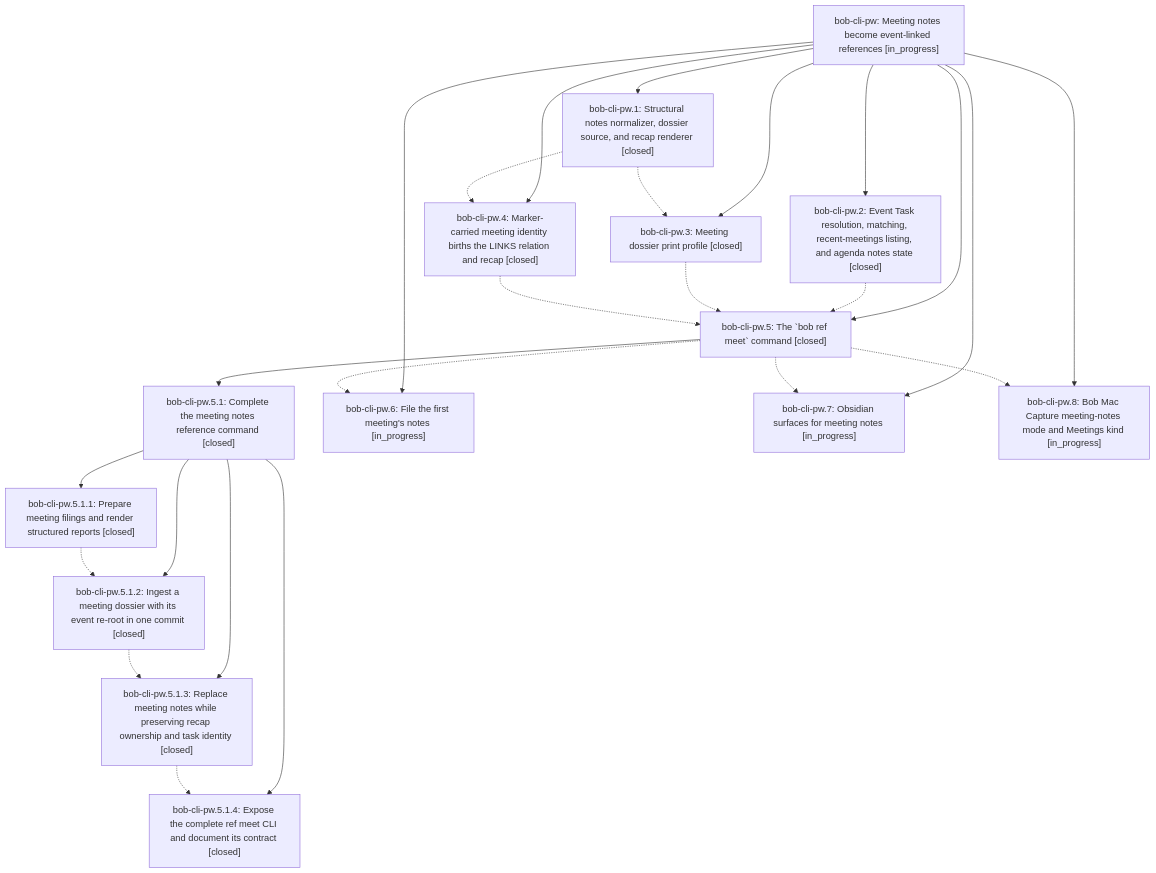
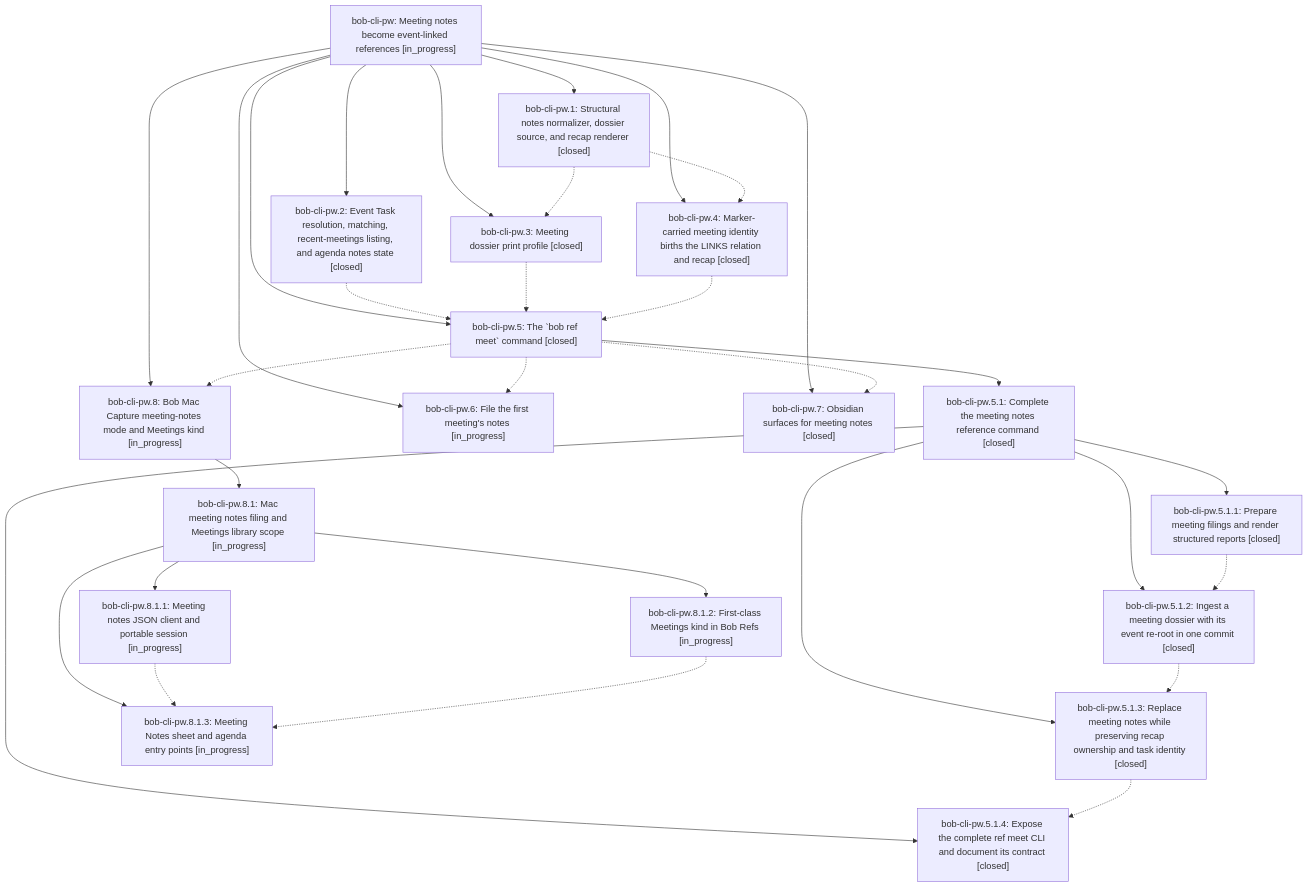
Before and after one commit to bobs-org/bob-cli--beads: the diagram in pages/bob-cli-pw/README.md, drawn with Mermaid. The commit also changed other lines of this file and 7 other files, not shown here.

First line of the commit message:
chore(beads): sync bead state and pages for bob-cli-pw

````diff
--- a/pages/bob-cli-pw/README.md
+++ b/pages/bob-cli-pw/README.md
@@ -53,41 +53,51 @@
 ```mermaid
 flowchart TD
     n0["bob-cli-pw: Meeting notes become event-linked references [in_progress]"]
     n1["bob-cli-pw.1: Structural notes normalizer, dossier source, and recap renderer [closed]"]
     n2["bob-cli-pw.2: Event Task resolution, matching, recent-meetings listing, and agenda notes state [closed]"]
     n3["bob-cli-pw.3: Meeting dossier print profile [closed]"]
     n4["bob-cli-pw.4: Marker-carried meeting identity births the LINKS relation and recap [closed]"]
     n5["bob-cli-pw.5: The `bob ref meet` command [closed]"]
     n6["bob-cli-pw.5.1: Complete the meeting notes reference command [closed]"]
     n7["bob-cli-pw.5.1.1: Prepare meeting filings and render structured reports [closed]"]
     n8["bob-cli-pw.5.1.2: Ingest a meeting dossier with its event re-root in one commit [closed]"]
     n9["bob-cli-pw.5.1.3: Replace meeting notes while preserving recap ownership and task identity [closed]"]
     n10["bob-cli-pw.5.1.4: Expose the complete ref meet CLI and document its contract [closed]"]
     n11["bob-cli-pw.6: File the first meeting's notes [in_progress]"]
-    n12["bob-cli-pw.7: Obsidian surfaces for meeting notes [in_progress]"]
+    n12["bob-cli-pw.7: Obsidian surfaces for meeting notes [closed]"]
     n13["bob-cli-pw.8: Bob Mac Capture meeting-notes mode and Meetings kind [in_progress]"]
+    n14["bob-cli-pw.8.1: Mac meeting notes filing and Meetings library scope [in_progress]"]
+    n15["bob-cli-pw.8.1.1: Meeting notes JSON client and portable session [in_progress]"]
+    n16["bob-cli-pw.8.1.2: First-class Meetings kind in Bob Refs [in_progress]"]
+    n17["bob-cli-pw.8.1.3: Meeting Notes sheet and agenda entry points [in_progress]"]
     n0 --> n1
     n0 --> n2
     n0 --> n3
     n0 --> n4
     n0 --> n5
     n5 --> n6
     n6 --> n7
     n6 --> n8
     n6 --> n9
     n6 --> n10
     n0 --> n11
     n0 --> n12
     n0 --> n13
+    n13 --> n14
+    n14 --> n15
+    n14 --> n16
+    n14 --> n17
     n1 -.-> n3
     n1 -.-> n4
     n2 -.-> n5
     n3 -.-> n5
     n4 -.-> n5
     n5 -.-> n11
     n5 -.-> n12
     n5 -.-> n13
     n7 -.-> n8
     n8 -.-> n9
     n9 -.-> n10
+    n15 -.-> n17
+    n16 -.-> n17
 ```
````
